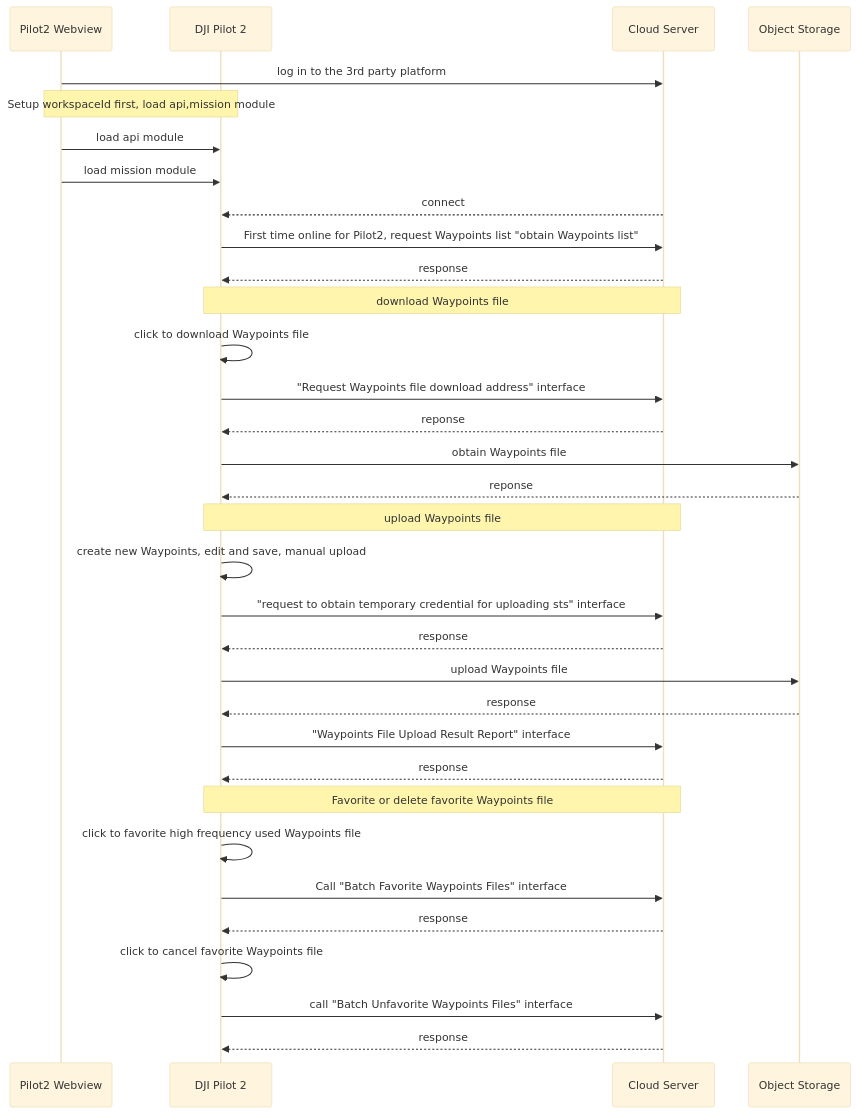
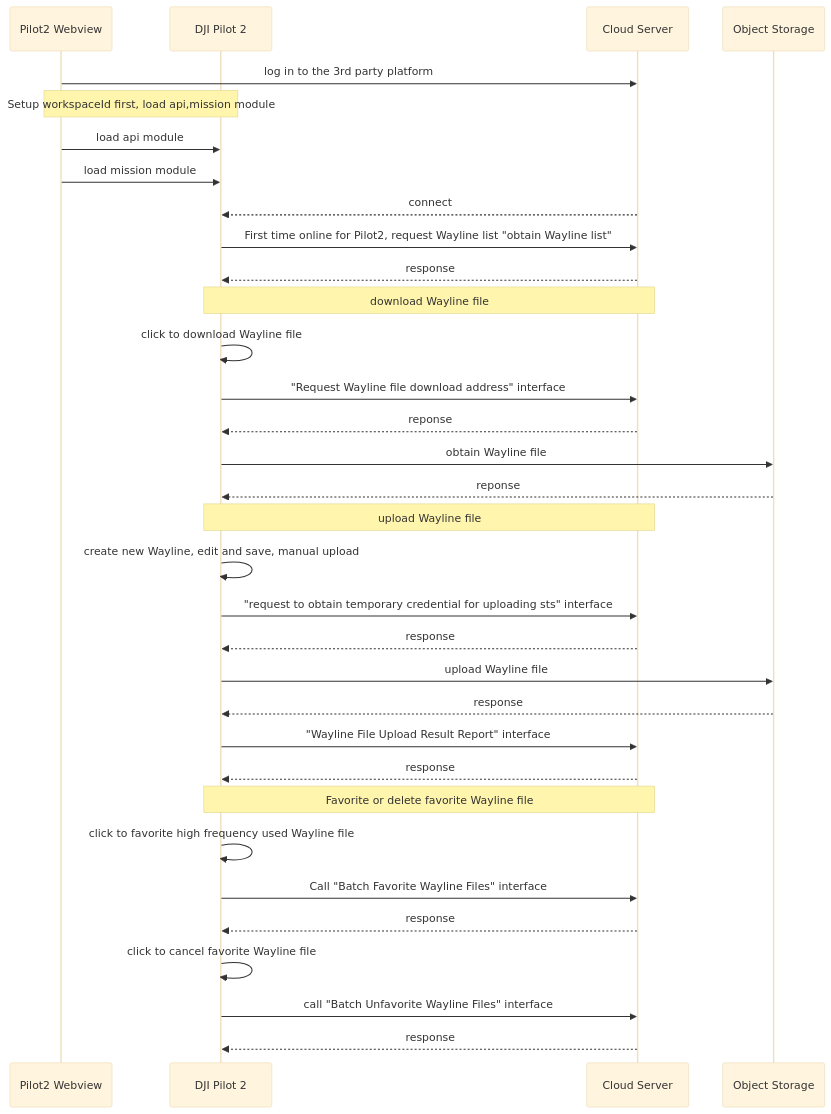
One commit to dji-sdk/Cloud-API-Doc changed the diagram in docs/en/30.feature-set/10.pilot-feature-set/60.pilot-waypoint-library.md. Above: the diagram before and after it, drawn with Mermaid (base theme). The commit also changed other lines of this file and 192 other files, not shown here.

````diff
--- a/docs/en/30.feature-set/10.pilot-feature-set/60.pilot-waypoint-library.md
+++ b/docs/en/30.feature-set/10.pilot-feature-set/60.pilot-waypoint-library.md
@@ -11,42 +13,42 @@
 ```mermaid
 sequenceDiagram
 participant h5 as Pilot2 Webview
 participant app  as DJI Pilot 2
 participant cloud as Cloud Server
 participant oss as Object Storage
 
 
 h5 ->> cloud:log in to the 3rd party platform
 note over app, h5: Setup workspaceId first, load api,mission module 
 h5 ->> app: load api module 
 h5 ->> app: load mission module
 cloud -->> app:connect
 
-app ->> cloud:First time online for Pilot2, request Waypoints list "obtain Waypoints list"
+app ->> cloud:First time online for Pilot2, request Wayline list "obtain Wayline list"
 cloud -->> app: response
 
-note over app,cloud: download Waypoints file
-app ->> app: click to download Waypoints file
-app ->> cloud: "Request Waypoints file download address" interface
+note over app,cloud: download Wayline file
+app ->> app: click to download Wayline file
+app ->> cloud: "Request Wayline file download address" interface
 cloud -->> app: reponse
-app ->> oss: obtain Waypoints file
+app ->> oss: obtain Wayline file
 oss -->> app: reponse
 
-note over app,cloud: upload Waypoints file
-app ->> app: create new Waypoints, edit and save, manual upload
+note over app,cloud: upload Wayline file
+app ->> app: create new Wayline, edit and save, manual upload
 app ->> cloud: "request to obtain temporary credential for uploading sts" interface
 cloud -->> app: response
-app ->> oss: upload Waypoints file
+app ->> oss: upload Wayline file
 oss -->> app: response
-app ->> cloud: "Waypoints File Upload Result Report" interface
+app ->> cloud: "Wayline File Upload Result Report" interface
 cloud -->> app: response
 
-note over app,cloud: Favorite or delete favorite Waypoints file
-app ->> app: click to favorite high frequency used Waypoints file
-app ->> cloud: Call "Batch Favorite Waypoints Files" interface
+note over app,cloud: Favorite or delete favorite Wayline file
+app ->> app: click to favorite high frequency used Wayline file
+app ->> cloud: Call "Batch Favorite Wayline Files" interface
 cloud -->> app: response
-app ->> app: click to cancel favorite Waypoints file
-app ->> cloud: call "Batch Unfavorite Waypoints Files" interface
+app ->> app: click to cancel favorite Wayline file
+app ->> cloud: call "Batch Unfavorite Wayline Files" interface
 cloud -->> app: response
 
 ```
````
